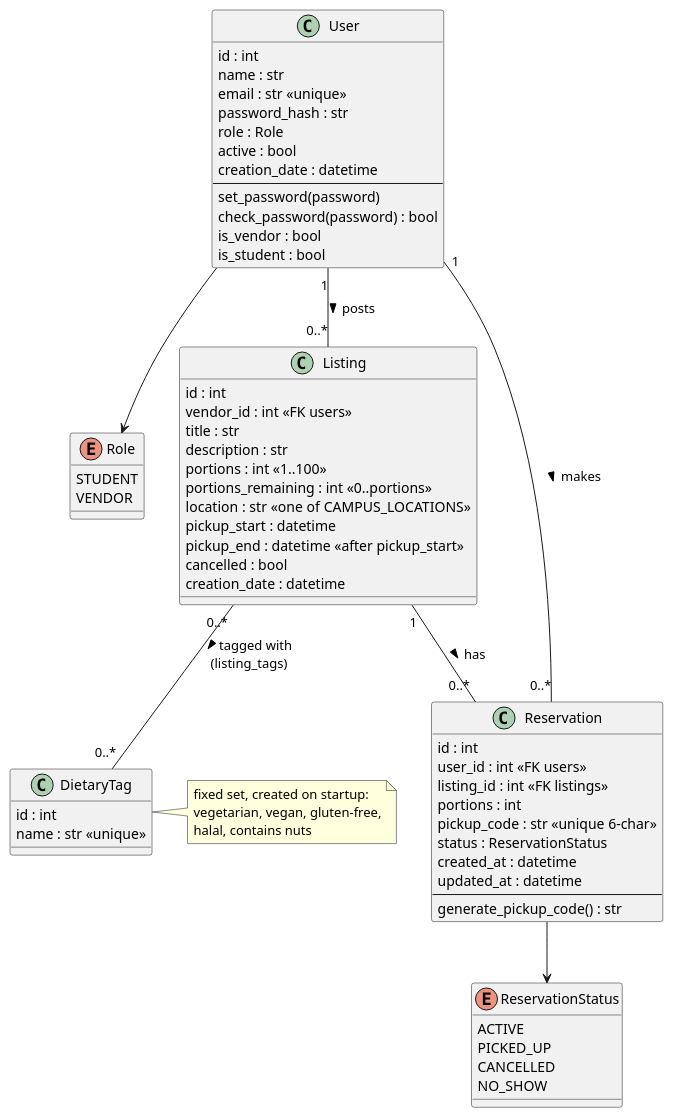
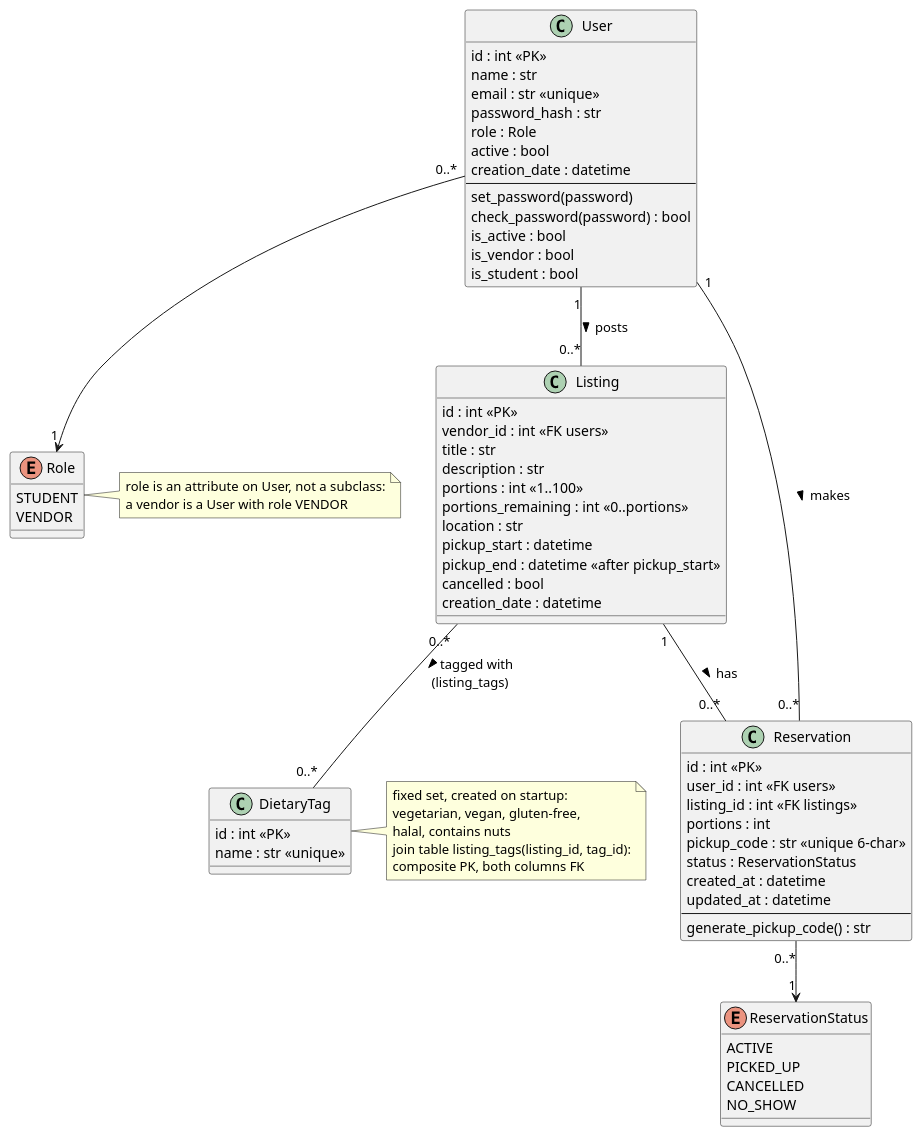
Before and after one commit to AdenPotato/CS3250-project-2: the diagram in uml/class.wsd, drawn with PlantUML.

Commit message:
CS-6 align class diagram with models (#93)

```diff
--- a/uml/class.wsd
+++ b/uml/class.wsd
@@ -1,75 +1,83 @@
 @startuml class
 
 enum Role {
     STUDENT
     VENDOR
 }
 
+note right of Role
+  role is an attribute on User, not a subclass:
+  a vendor is a User with role VENDOR
+end note
+
 class User {
-    id : int
+    id : int <<PK>>
     name : str
     email : str <<unique>>
     password_hash : str
     role : Role
     active : bool
     creation_date : datetime
     --
     set_password(password)
     check_password(password) : bool
+    is_active : bool
     is_vendor : bool
     is_student : bool
 }
 
 class Listing {
-    id : int
+    id : int <<PK>>
     vendor_id : int <<FK users>>
     title : str
     description : str
     portions : int <<1..100>>
     portions_remaining : int <<0..portions>>
-    location : str <<one of CAMPUS_LOCATIONS>>
+    location : str
     pickup_start : datetime
     pickup_end : datetime <<after pickup_start>>
     cancelled : bool
     creation_date : datetime
 }
 
 class DietaryTag {
-    id : int
+    id : int <<PK>>
     name : str <<unique>>
 }
 
 note right of DietaryTag
   fixed set, created on startup:
   vegetarian, vegan, gluten-free,
   halal, contains nuts
+  join table listing_tags(listing_id, tag_id):
+  composite PK, both columns FK
 end note
 
 enum ReservationStatus {
     ACTIVE
     PICKED_UP
     CANCELLED
     NO_SHOW
 }
 
 class Reservation {
-    id : int
+    id : int <<PK>>
     user_id : int <<FK users>>
     listing_id : int <<FK listings>>
     portions : int
     pickup_code : str <<unique 6-char>>
     status : ReservationStatus
     created_at : datetime
     updated_at : datetime
     --
     generate_pickup_code() : str
 }
 
-User --> Role
+User "0..*" --> "1" Role
 User "1" -- "0..*" Listing : posts >
 Listing "0..*" -- "0..*" DietaryTag : tagged with >\n(listing_tags)
 User "1" -- "0..*" Reservation : makes >
 Listing "1" -- "0..*" Reservation : has >
-Reservation --> ReservationStatus
+Reservation "0..*" --> "1" ReservationStatus
 
 @enduml
```
